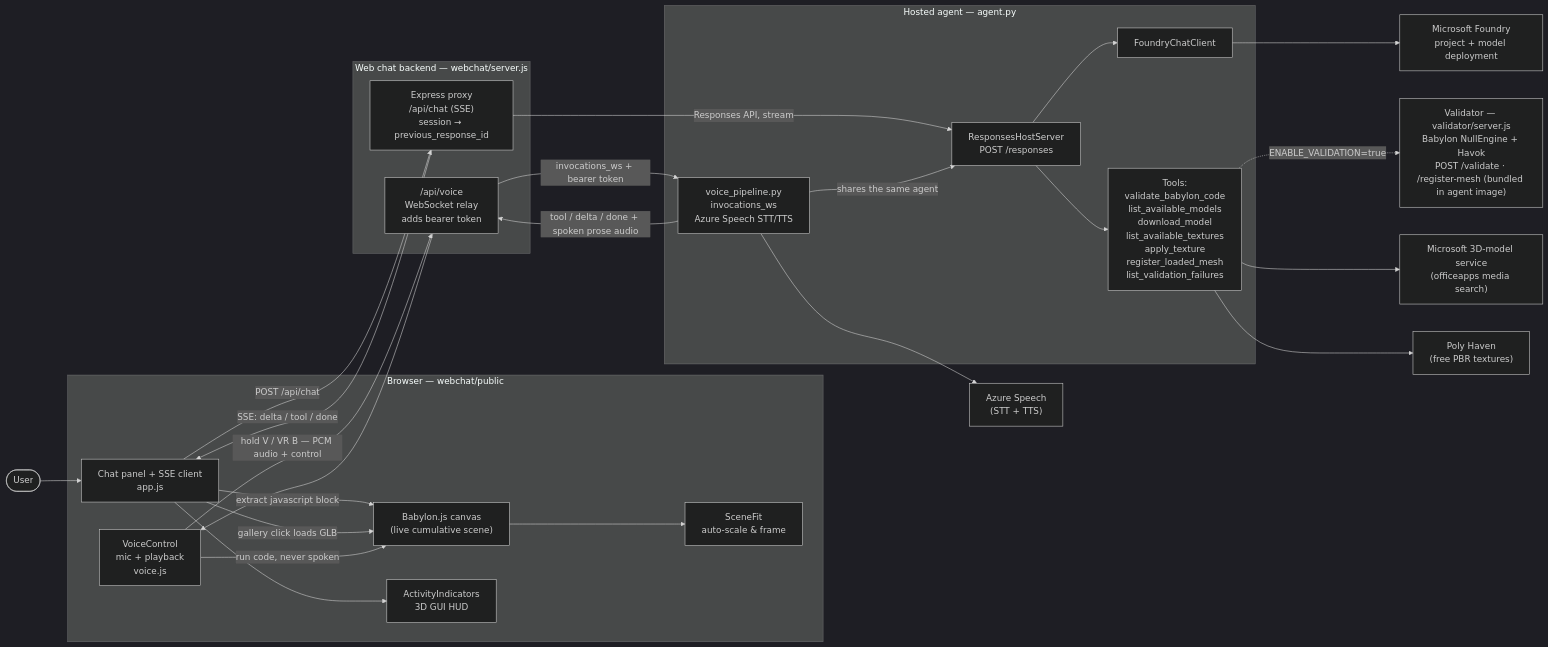
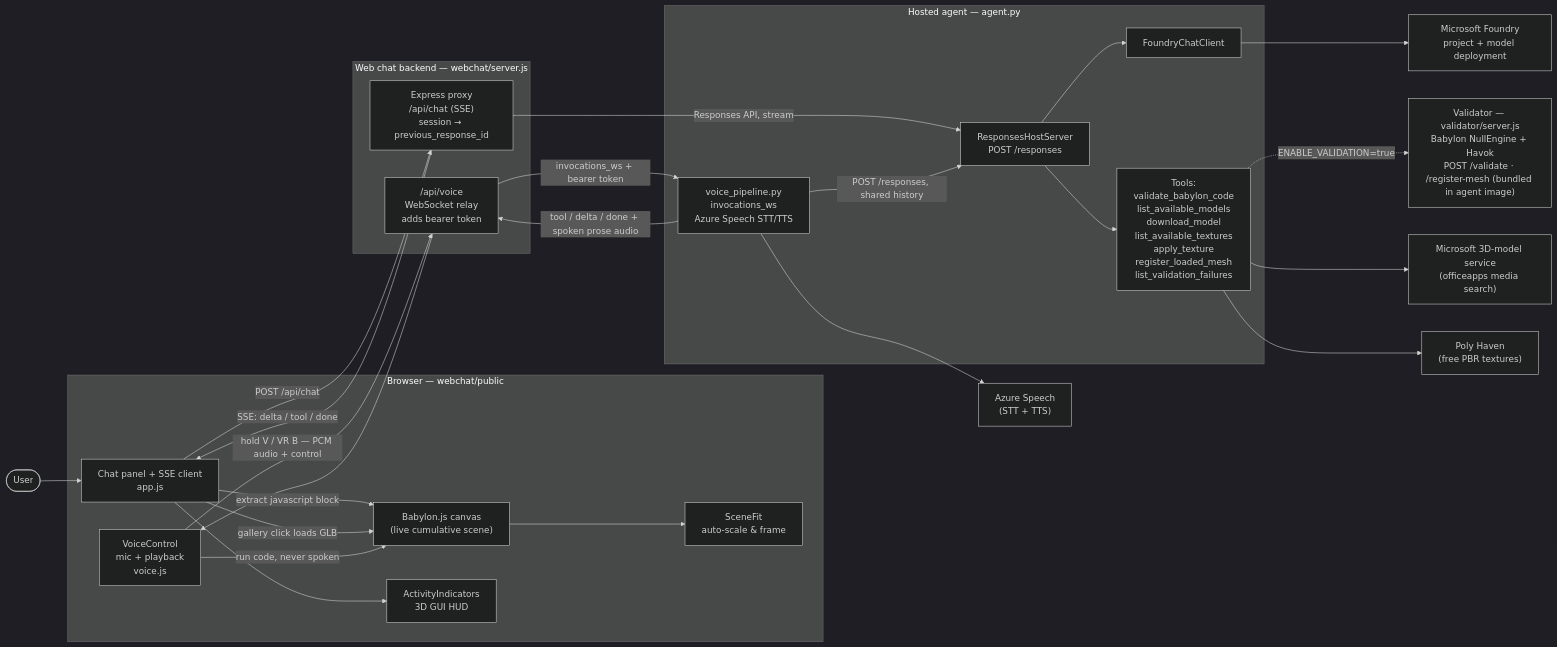
The first of 2 diagrams in README.md (davrous/VerbalReality), drawn with Mermaid (dark theme) before and after one commit. The commit also changed other lines of this file and 2 other files, not shown here.

Commit message:
feat: Enhance voice interaction by sharing conversation history between voice and typed turns

````diff
--- a/README.md
+++ b/README.md
@@ -68,51 +68,51 @@
 ```mermaid
 flowchart LR
     user([User])
 
     subgraph browser["Browser — webchat/public"]
         canvas["Babylon.js canvas<br/>(live cumulative scene)"]
         chat["Chat panel + SSE client<br/>app.js"]
         voice["VoiceControl<br/>mic + playback<br/>voice.js"]
         scenefit["SceneFit<br/>auto-scale &amp; frame"]
         activity["ActivityIndicators<br/>3D GUI HUD"]
     end
 
     subgraph webchat["Web chat backend — webchat/server.js"]
         proxy["Express proxy<br/>/api/chat (SSE)<br/>session → previous_response_id"]
         voicerelay["/api/voice<br/>WebSocket relay<br/>adds bearer token"]
     end
 
     subgraph agent["Hosted agent — agent.py"]
         host["ResponsesHostServer<br/>POST /responses"]
         voicews["voice_pipeline.py<br/>invocations_ws<br/>Azure Speech STT/TTS"]
         fcc["FoundryChatClient"]
         tools["Tools:<br/>validate_babylon_code<br/>list_available_models<br/>download_model<br/>list_available_textures<br/>apply_texture<br/>register_loaded_mesh<br/>list_validation_failures"]
     end
 
     validator["Validator — validator/server.js<br/>Babylon NullEngine + Havok<br/>POST /validate · /register-mesh (bundled in agent image)"]
     foundry["Microsoft Foundry<br/>project + model deployment"]
     speech["Azure Speech<br/>(STT + TTS)"]
     library["Microsoft 3D-model service<br/>(officeapps media search)"]
     polyhaven["Poly Haven<br/>(free PBR textures)"]
 
     user --> chat
     chat -->|POST /api/chat| proxy
     proxy -->|Responses API, stream| host
     host --> fcc --> foundry
     host --> tools
     tools -. ENABLE_VALIDATION=true .-> validator
     tools --> library
     tools --> polyhaven
     proxy -->|SSE: delta / tool / done| chat
     chat -->|extract javascript block| canvas
     chat -->|gallery click loads GLB| canvas
     canvas --> scenefit
     chat --> activity
     voice -->|hold V / VR B — PCM audio + control| voicerelay
     voicerelay -->|invocations_ws + bearer token| voicews
     voicews --> speech
-    voicews -->|shares the same agent| host
+    voicews -->|POST /responses, shared history| host
     voicews -->|tool / delta / done + spoken prose audio| voicerelay
     voicerelay --> voice
     voice -->|run code, never spoken| canvas
 ```
````
